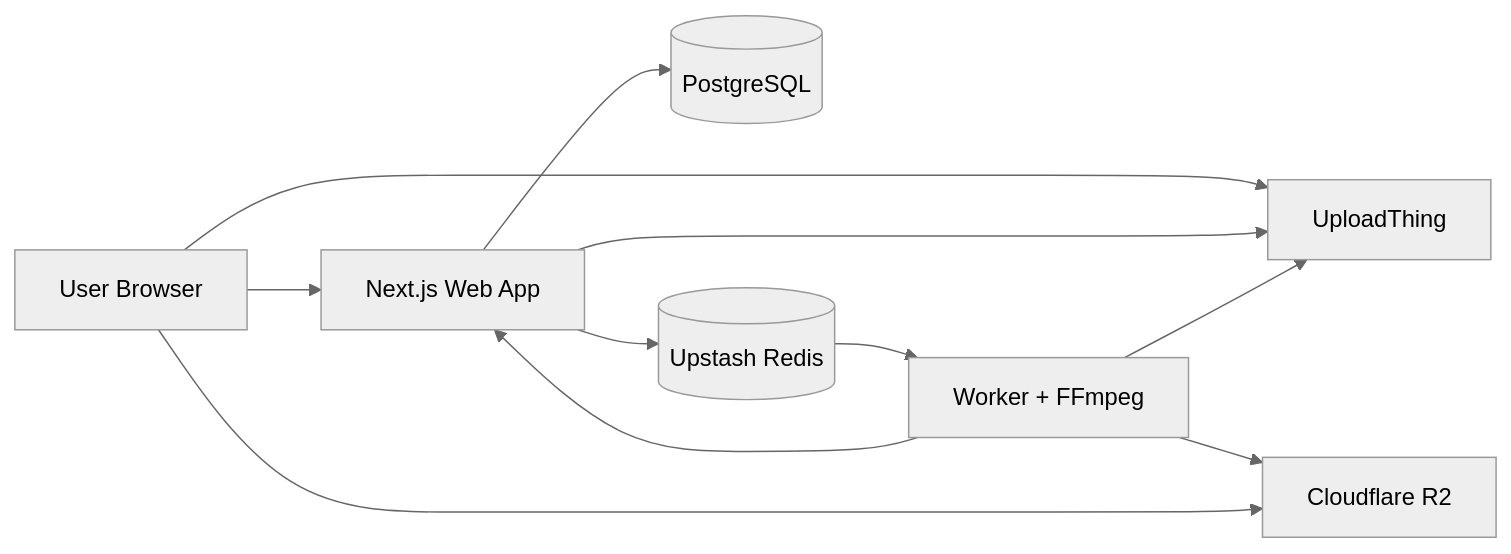
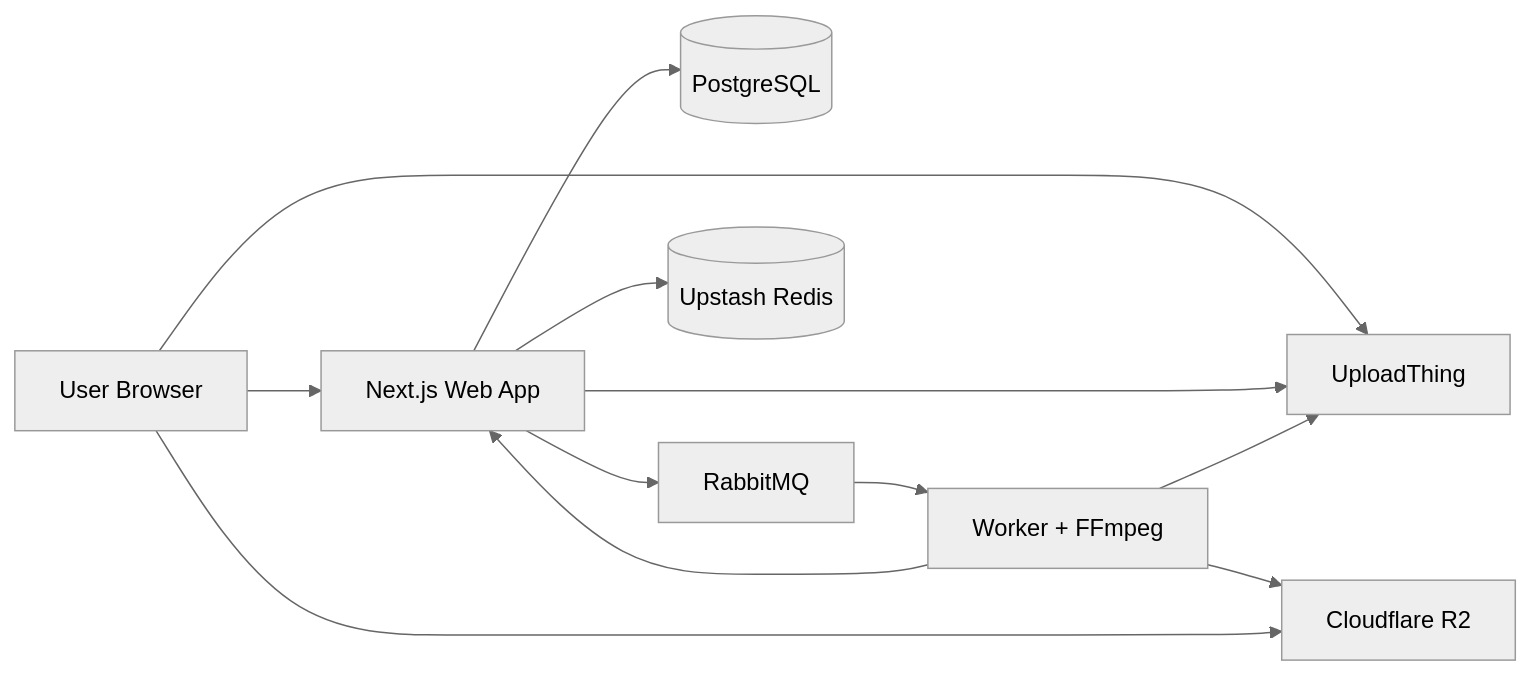
One commit to tanav29/vidora changed the diagram in README.md. Above: the diagram before and after it, drawn with Mermaid (neutral theme). The commit also changed other lines of this file and 5 other files, not shown here.

````diff
--- a/README.md
+++ b/README.md
@@ -53,21 +54,23 @@
 ```mermaid
 flowchart LR
     U[User Browser]
     W[Next.js Web App]
     DB[(PostgreSQL)]
-    R[(Upstash Redis)]
+    MQ[RabbitMQ]
+    RS[(Upstash Redis)]
     UT[UploadThing]
     WK[Worker + FFmpeg]
     R2[Cloudflare R2]
 
     U --> W
     U --> UT
     W --> DB
-    W --> R
+    W --> MQ
+    W --> RS
     W --> UT
-    R --> WK
+    MQ --> WK
     WK --> UT
     WK --> R2
     WK --> W
     U --> R2
 ```
````
